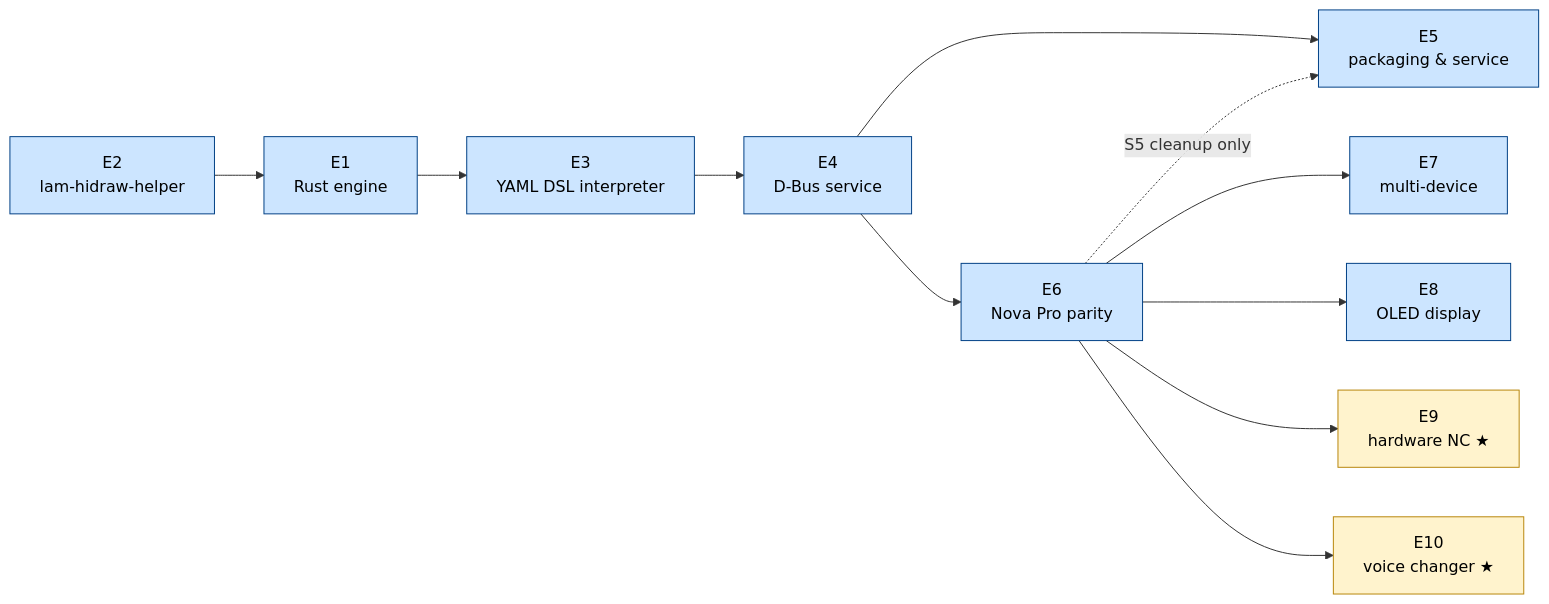
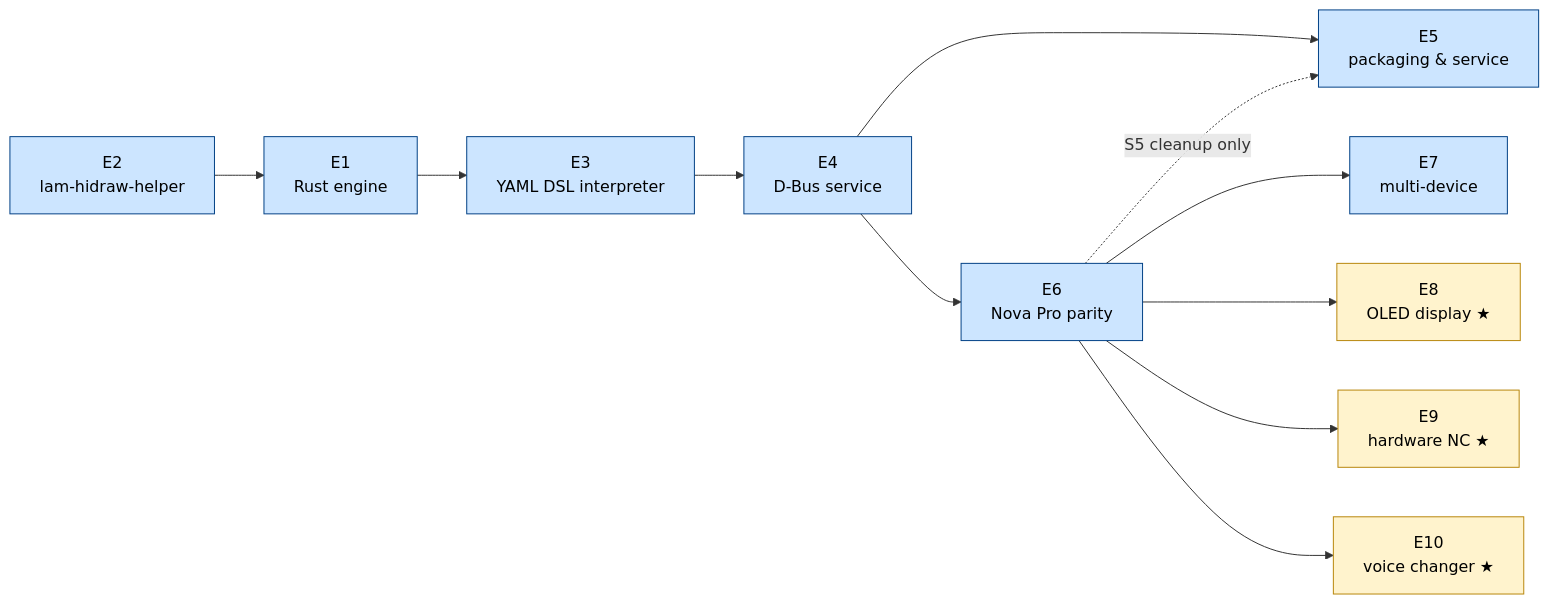
Before and after one commit to elegos/Linux-Arctis-Manager: the diagram in docs/v3-backlog.md, drawn with Mermaid. The commit also changed other lines of this file, not shown here.

Commit message:
Mark E8 OLED display as stretch goal

````diff
--- a/docs/v3-backlog.md
+++ b/docs/v3-backlog.md
@@ -83,29 +83,29 @@
 ```mermaid
 flowchart LR
     classDef core  fill:#cce5ff,stroke:#004085,color:#000
     classDef stretch fill:#fff3cd,stroke:#b8860b,color:#000
 
     E2["E2\nlam-hidraw-helper"]
     E1["E1\nRust engine"]
     E3["E3\nYAML DSL interpreter"]
     E4["E4\nD-Bus service"]
     E5["E5\npackaging & service"]
     E6["E6\nNova Pro parity"]
     E7["E7\nmulti-device"]
-    E8["E8\nOLED display"]
+    E8["E8\nOLED display ★"]:::stretch
     E9["E9\nhardware NC ★"]:::stretch
     E10["E10\nvoice changer ★"]:::stretch
 
     E2 --> E1
     E1 --> E3
     E3 --> E4
     E4 --> E5
     E4 --> E6
     E6 -.->|"S5 cleanup only"| E5
     E6 --> E7
     E6 --> E8
     E6 --> E9
     E6 --> E10
 
-    class E1,E2,E3,E4,E5,E6,E7,E8 core
+    class E1,E2,E3,E4,E5,E6,E7 core
 ```
````
